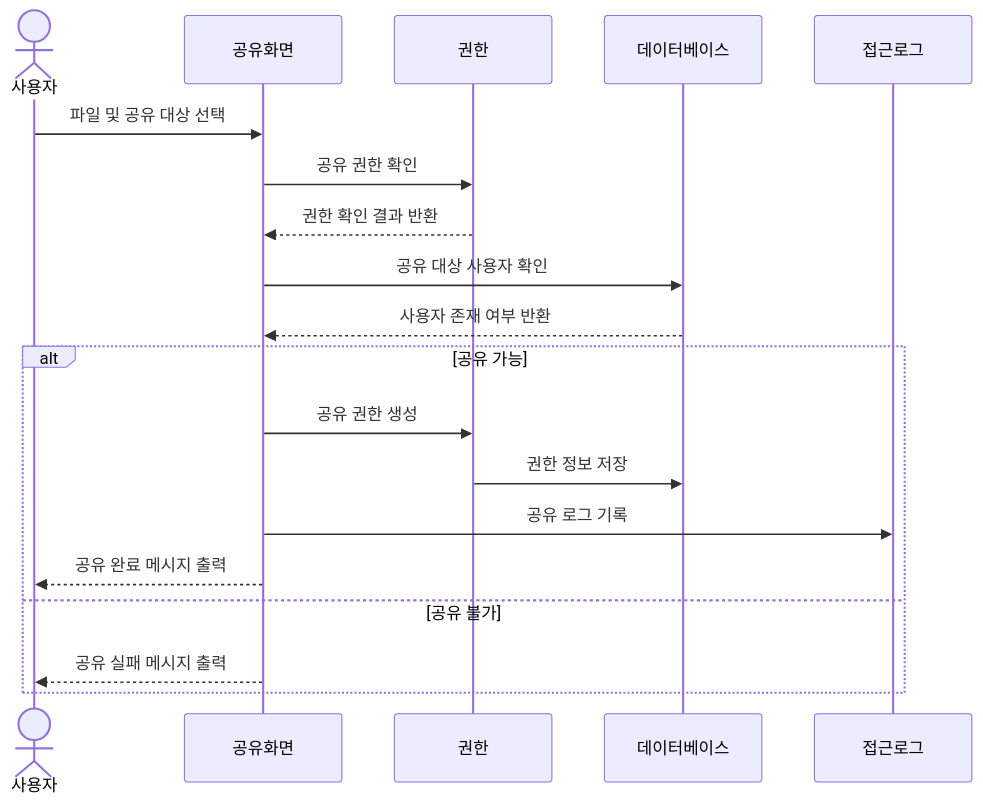
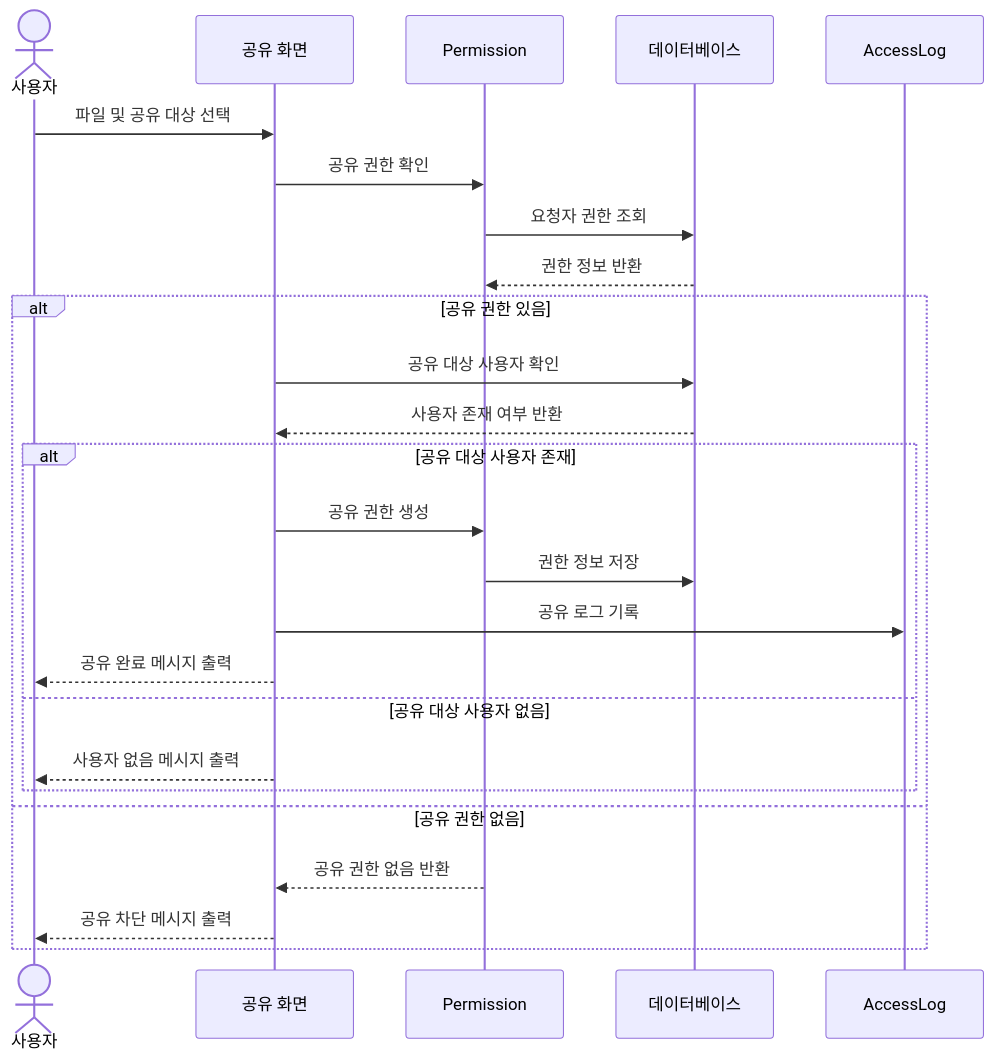
Before and after one commit to csharon0218/se: diagram 11 of 16 in doc/requirements_analysis.md, drawn with Mermaid. The commit also changed other lines of this file and 7 other files, not shown here.

````diff
--- a/doc/requirements_analysis.md
+++ b/doc/requirements_analysis.md
@@ -1280,22 +1605,29 @@
 ```mermaid
 sequenceDiagram
     actor User as 사용자
-    participant UI as 공유화면
-    participant Perm as 권한
+    participant UI as 공유 화면
+    participant Permission as Permission
     participant DB as 데이터베이스
-    participant Log as 접근로그
+    participant Log as AccessLog
 
     User->>UI: 파일 및 공유 대상 선택
-    UI->>Perm: 공유 권한 확인
-    Perm-->>UI: 권한 확인 결과 반환
-    UI->>DB: 공유 대상 사용자 확인
-    DB-->>UI: 사용자 존재 여부 반환
-    alt 공유 가능
-        UI->>Perm: 공유 권한 생성
-        Perm->>DB: 권한 정보 저장
-        UI->>Log: 공유 로그 기록
-        UI-->>User: 공유 완료 메시지 출력
-    else 공유 불가
-        UI-->>User: 공유 실패 메시지 출력
+    UI->>Permission: 공유 권한 확인
+    Permission->>DB: 요청자 권한 조회
+    DB-->>Permission: 권한 정보 반환
+
+    alt 공유 권한 있음
+        UI->>DB: 공유 대상 사용자 확인
+        DB-->>UI: 사용자 존재 여부 반환
+        alt 공유 대상 사용자 존재
+            UI->>Permission: 공유 권한 생성
+            Permission->>DB: 권한 정보 저장
+            UI->>Log: 공유 로그 기록
+            UI-->>User: 공유 완료 메시지 출력
+        else 공유 대상 사용자 없음
+            UI-->>User: 사용자 없음 메시지 출력
+        end
+    else 공유 권한 없음
+        Permission-->>UI: 공유 권한 없음 반환
+        UI-->>User: 공유 차단 메시지 출력
     end
 ```
````
